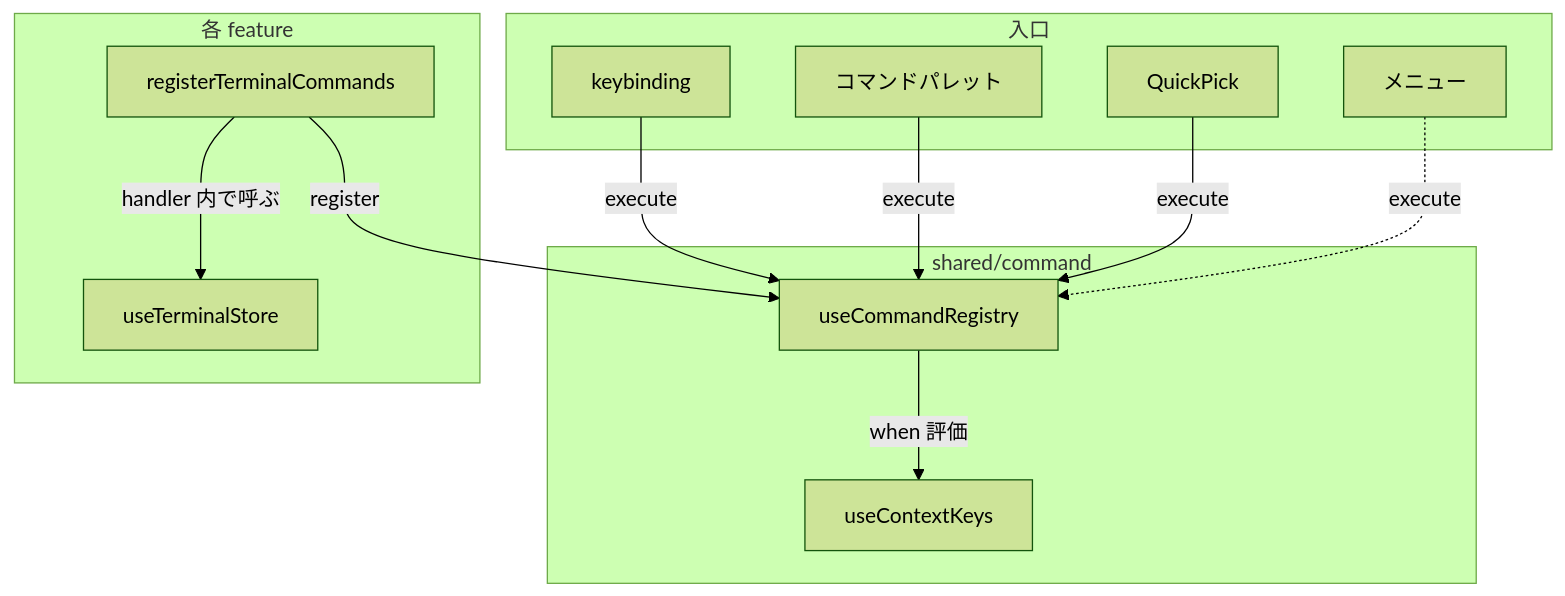
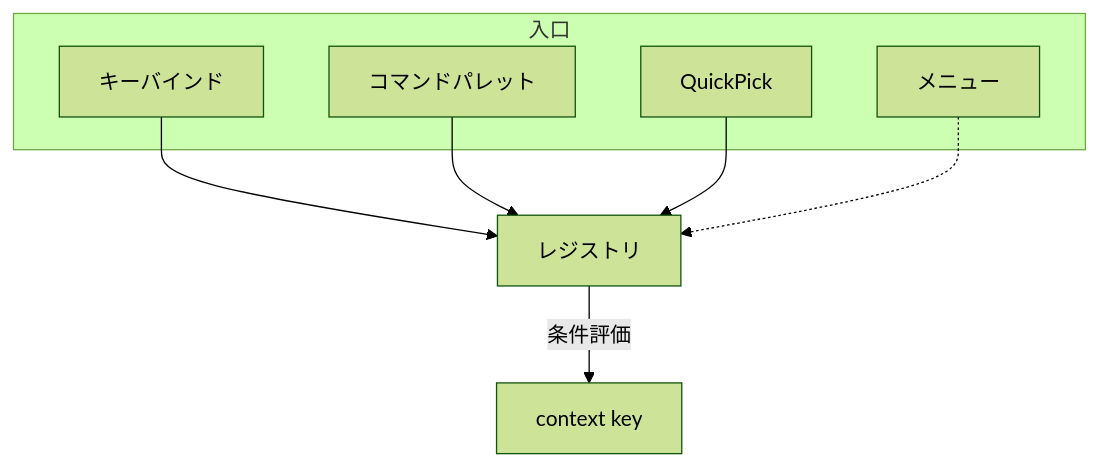
The diagram in docs/command.md (miyaoka/gozd), drawn with Mermaid (forest theme) before and after one commit. The commit also changed other lines of this file and 19 other files, not shown here.

````diff
--- a/docs/command.md
+++ b/docs/command.md
@@ -7,27 +6,15 @@
 ```mermaid
 flowchart TB
     subgraph entry [入口]
-        KB[keybinding]
+        KB[キーバインド]
         CP[コマンドパレット]
         QP[QuickPick]
         MENU[メニュー]
     end
 
-    subgraph command [shared/command]
-        CR[useCommandRegistry]
-        CK[useContextKeys]
-    end
-
-    subgraph feature [各 feature]
-        RC[registerTerminalCommands]
-        STORE[useTerminalStore]
-    end
-
-    KB -->|execute| CR
-    CP -->|execute| CR
-    QP -->|execute| CR
-    MENU -.->|execute| CR
-    CR -->|when 評価| CK
-    RC -->|register| CR
-    RC -->|handler 内で呼ぶ| STORE
+    KB --> CR[レジストリ]
+    CP --> CR
+    QP --> CR
+    MENU -.-> CR
+    CR -->|条件評価| CK[context key]
 ```
````
